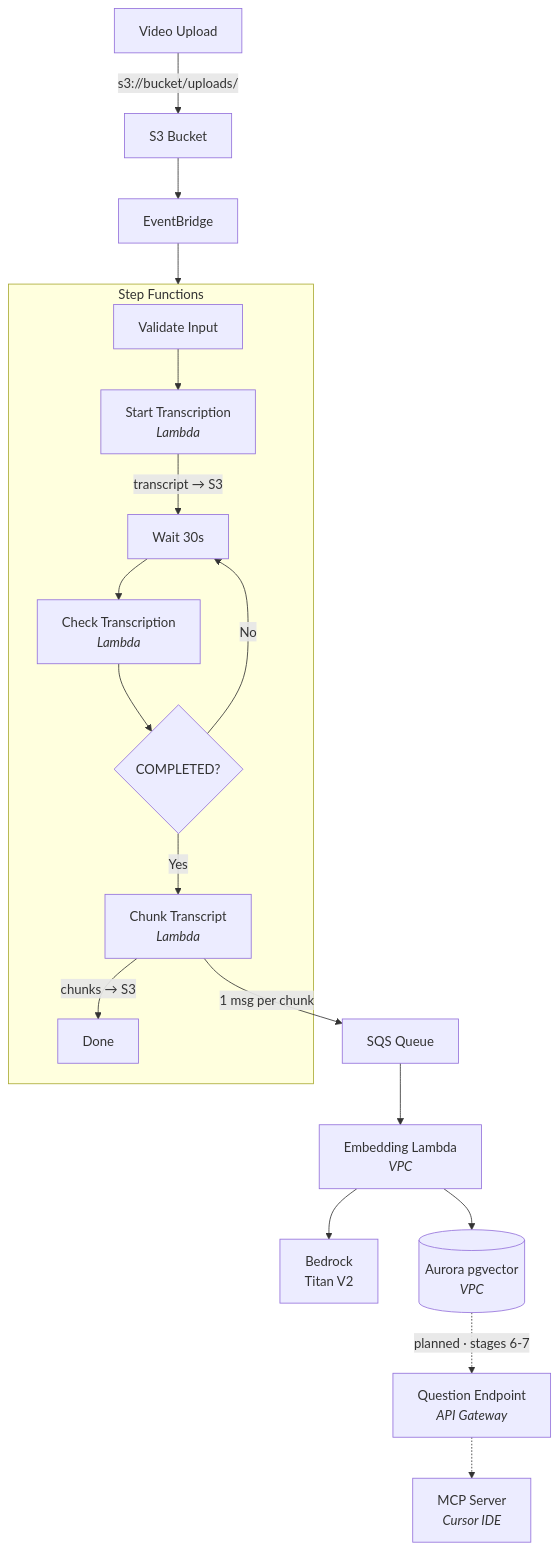
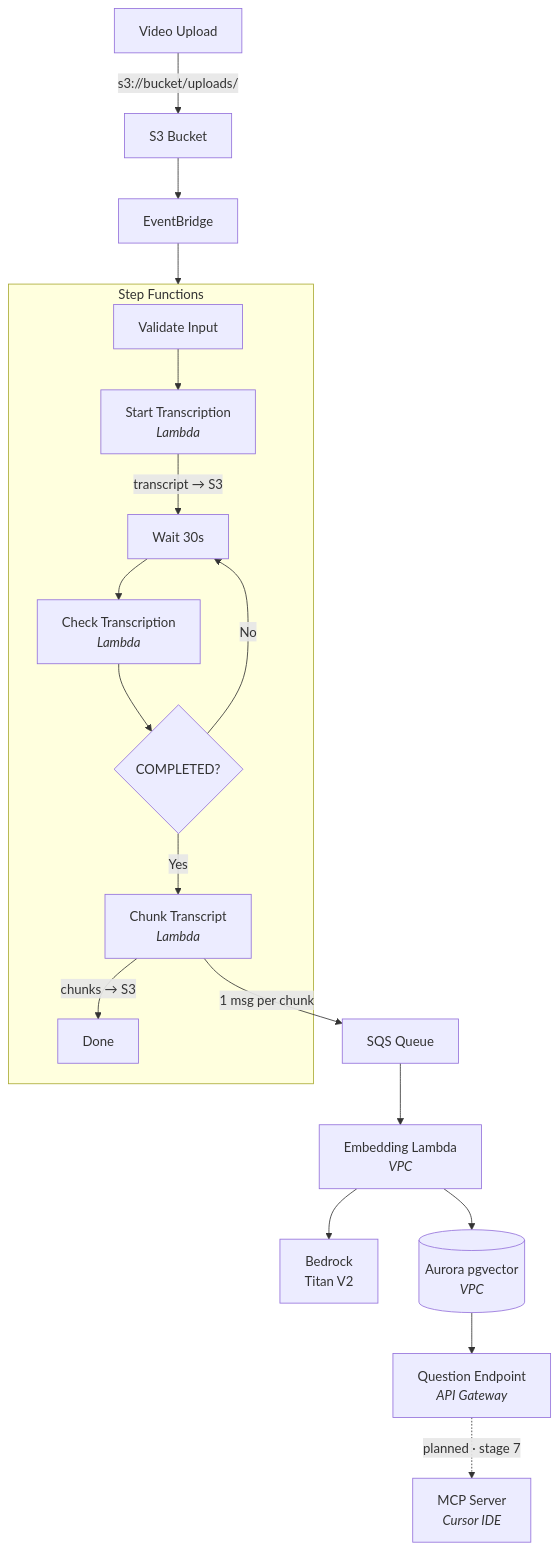
The diagram in README.md (wesreisz/production-rag-workshop), drawn with Mermaid before and after one commit. The commit also changed other lines of this file, not shown here.

````diff
--- a/README.md
+++ b/README.md
@@ -10,25 +10,25 @@
 ```mermaid
 graph TD
     Upload["Video Upload"] -->|"s3://bucket/uploads/"| S3["S3 Bucket"]
     S3 --> EB["EventBridge"]
 
     EB --> SF
 
     subgraph SF ["Step Functions"]
         Validate["Validate Input"] --> StartT["Start Transcription<br/><i>Lambda</i>"]
         StartT -->|"transcript → S3"| Wait["Wait 30s"]
         Wait --> CheckT["Check Transcription<br/><i>Lambda</i>"]
         CheckT --> Decision{COMPLETED?}
         Decision -->|No| Wait
         Decision -->|Yes| Chunk["Chunk Transcript<br/><i>Lambda</i>"]
         Chunk -->|"chunks → S3"| Done["Done"]
     end
 
     Chunk -->|"1 msg per chunk"| SQS["SQS Queue"]
     SQS --> Embed["Embedding Lambda<br/><i>VPC</i>"]
     Embed --> Bedrock["Bedrock<br/>Titan V2"]
     Embed --> Aurora[("Aurora pgvector<br/><i>VPC</i>")]
 
-    Aurora -.->|"planned · stages 6-7"| Question["Question Endpoint<br/><i>API Gateway</i>"]
-    Question -.-> MCP["MCP Server<br/><i>Cursor IDE</i>"]
+    Aurora --> Question["Question Endpoint<br/><i>API Gateway</i>"]
+    Question -.->|"planned · stage 7"| MCP["MCP Server<br/><i>Cursor IDE</i>"]
 ```
````
